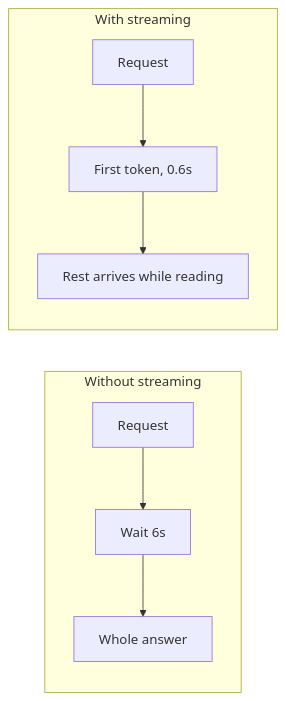
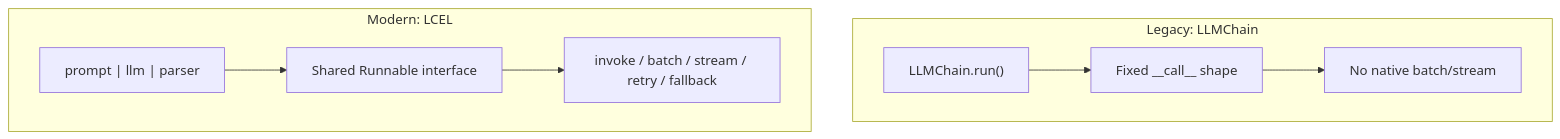
One commit to Sourav692/AI-ENGINEERING-DEMYSTIFIED changed the second of 7 diagrams in tutorials/01_langchain_foundations_INTERVIEW_TUTORIAL.md. Above: the diagram before and after it, drawn with Mermaid. The commit also changed other lines of this file and 13 other files, not shown here.

````diff
--- a/tutorials/01_langchain_foundations_INTERVIEW_TUTORIAL.md
+++ b/tutorials/01_langchain_foundations_INTERVIEW_TUTORIAL.md
@@ -152,9 +164,11 @@
 ```mermaid
-flowchart LR
-  subgraph WITHOUT["Without streaming"]
-    A1["Request"] --> A2["Wait 6s"] --> A3["Whole answer"]
-  end
-  subgraph WITH["With streaming"]
-    B1["Request"] --> B2["First token, 0.6s"] --> B3["Rest arrives while reading"]
-  end
+flowchart TD
+    subgraph Legacy["Legacy: LLMChain"]
+        L1["LLMChain.run()"] --> L2["Fixed __call__ shape"]
+        L2 --> L3["No native batch/stream"]
+    end
+    subgraph Modern["Modern: LCEL"]
+        M1["prompt | llm | parser"] --> M2["Shared Runnable interface"]
+        M2 --> M3["invoke / batch / stream / retry / fallback"]
+    end
 ```
````
